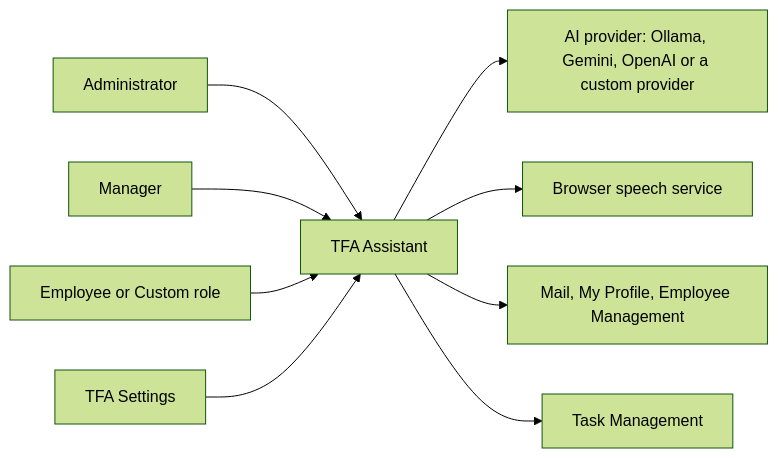
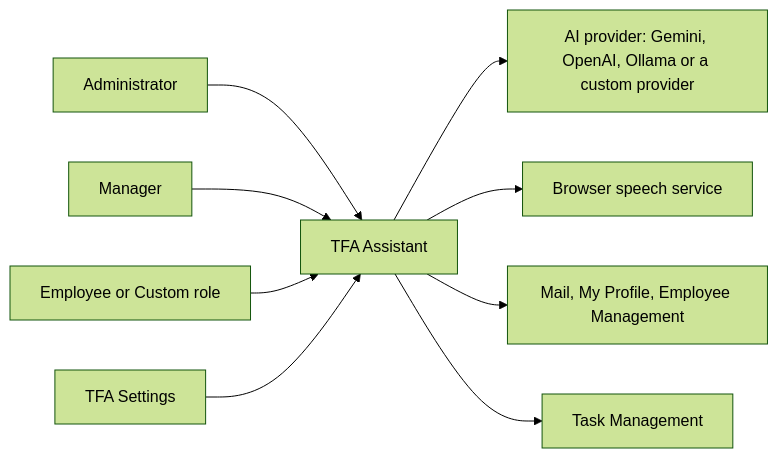
One commit to jojogeorge3344/TaskFlow-Project changed the first of 11 diagrams in TF - Documents/TF - FRD/08-TFA-Assistant/08.1-Assistant/FRD-Assistant.md. Above: the diagram before and after it, drawn with Mermaid (forest theme). The commit also changed other lines of this file and 65 other files, not shown here.

First line of the commit message:
feat(tfa): make Google Gemini the default chat provider and document embedding engine

````diff
--- a/TF - Documents/TF - FRD/08-TFA-Assistant/08.1-Assistant/FRD-Assistant.md
+++ b/TF - Documents/TF - FRD/08-TFA-Assistant/08.1-Assistant/FRD-Assistant.md
@@ -93,11 +93,11 @@
 ```mermaid
 flowchart LR
   U1["Administrator"] --> S["TFA Assistant"]
   U2["Manager"] --> S
   U3["Employee or Custom role"] --> S
-  S --> P["AI provider: Ollama, Gemini, OpenAI or a custom provider"]
+  S --> P["AI provider: Gemini, OpenAI, Ollama or a custom provider"]
   S --> B["Browser speech service"]
   S --> M["Mail, My Profile, Employee Management"]
   S --> T["Task Management"]
   C["TFA Settings"] --> S
 ```
````
